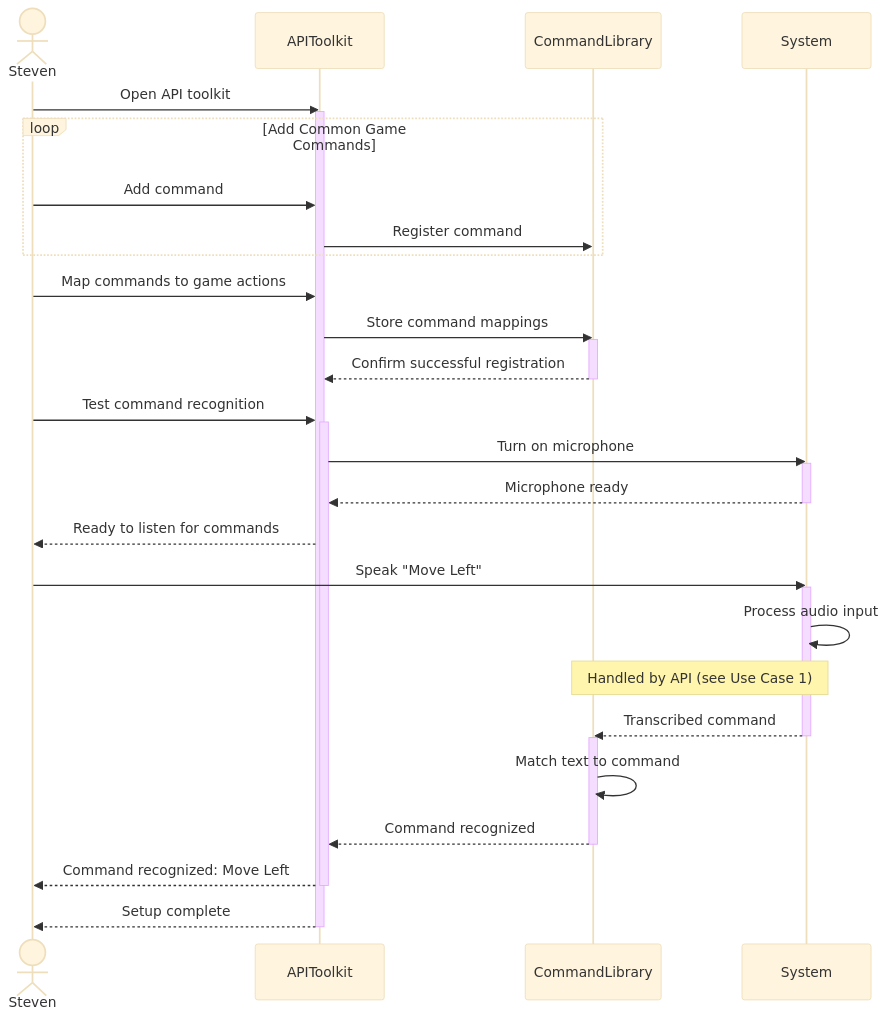
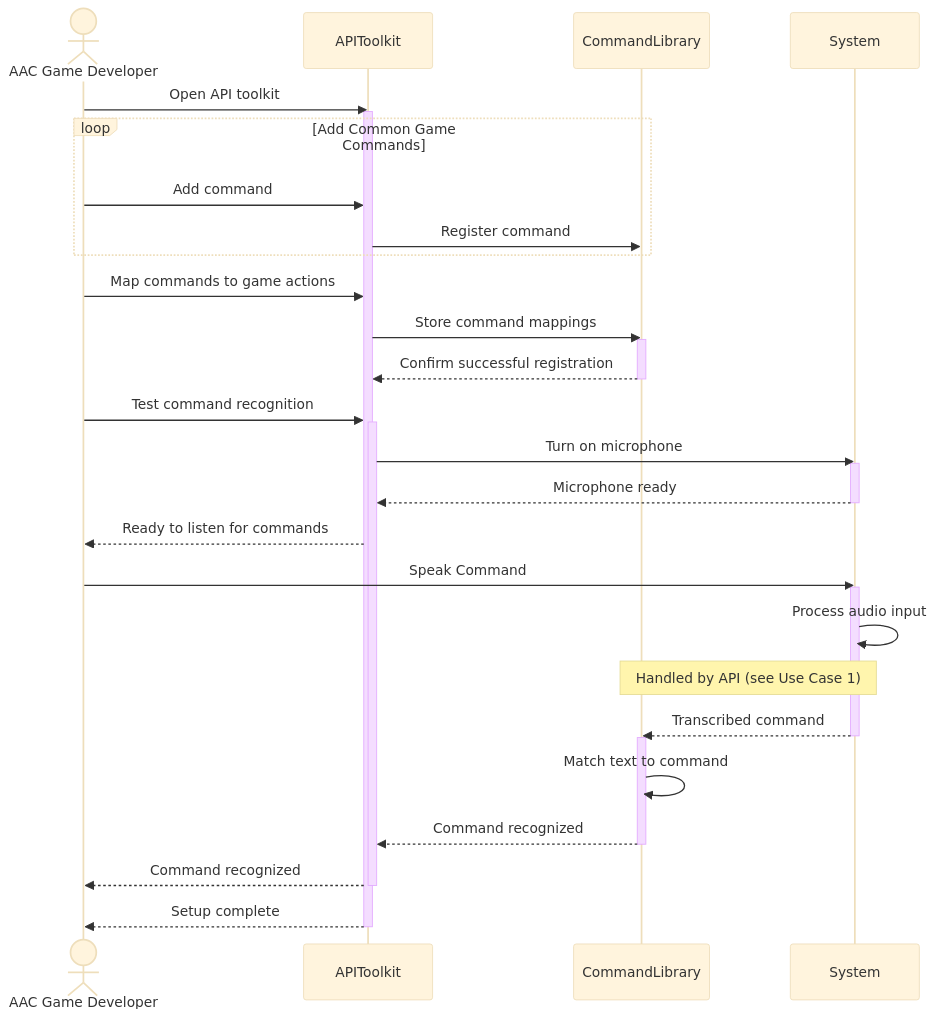
One commit to Capstone-Projects-2025-Fall/project-001-aac-api changed the sixth of 8 diagrams in documentation/docs/system-architecture/sequence-diagrams.md. Above: the diagram before and after it, drawn with Mermaid (base theme). The commit also changed other lines of this file, not shown here.

Commit message:
Updating Sequence Diagrams

````diff
--- a/documentation/docs/system-architecture/sequence-diagrams.md
+++ b/documentation/docs/system-architecture/sequence-diagrams.md
@@ -279,44 +279,44 @@
 ```mermaid
 sequenceDiagram
-    actor Steven
+    actor AAC Game Developer
     participant APIToolkit
     participant CommandLibrary
     participant System
     
-    Steven->>APIToolkit: Open API toolkit
+    AAC Game Developer->>APIToolkit: Open API toolkit
     activate APIToolkit
         
     loop Add Common Game Commands
-        Steven->>APIToolkit: Add command
+        AAC Game Developer->>APIToolkit: Add command
         APIToolkit->>CommandLibrary: Register command 
     end
     
-    Steven->>APIToolkit: Map commands to game actions
+    AAC Game Developer->>APIToolkit: Map commands to game actions
     APIToolkit->>CommandLibrary: Store command mappings
     activate CommandLibrary
 
     CommandLibrary-->>APIToolkit: Confirm successful registration
     deactivate CommandLibrary
     
-    Steven->>APIToolkit: Test command recognition
+    AAC Game Developer->>APIToolkit: Test command recognition
     activate APIToolkit
     APIToolkit->>System: Turn on microphone
     activate System
     System-->>APIToolkit: Microphone ready
     deactivate System
-    APIToolkit-->>Steven: Ready to listen for commands
-    Steven->>System: Speak "Move Left"
+    APIToolkit-->>AAC Game Developer: Ready to listen for commands
+    AAC Game Developer->>System: Speak Command
     activate System
     System->>System: Process audio input
     Note over System, CommandLibrary: Handled by API (see Use Case 1)
     System-->>CommandLibrary: Transcribed command
     deactivate System
     activate CommandLibrary
     CommandLibrary->>CommandLibrary: Match text to command
     CommandLibrary-->>APIToolkit: Command recognized
     deactivate CommandLibrary
-    APIToolkit-->>Steven: Command recognized: Move Left
+    APIToolkit-->>AAC Game Developer: Command recognized
     deactivate APIToolkit
-    APIToolkit-->>Steven: Setup complete
+    APIToolkit-->>AAC Game Developer: Setup complete
     deactivate APIToolkit
 ```
````
